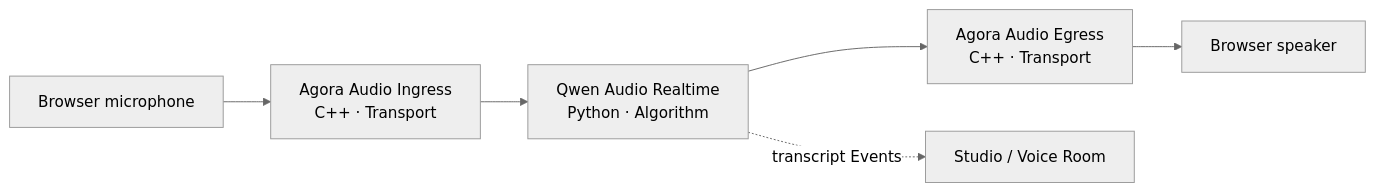
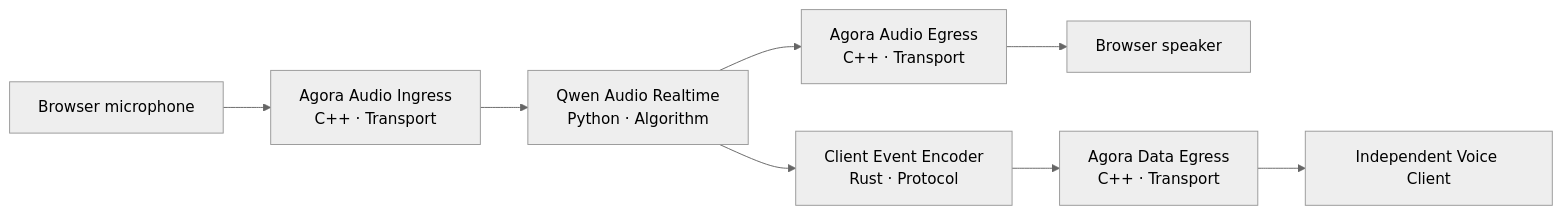
One commit to PiyotaHu/Voxa changed the first of 3 diagrams in docs/site/en/voice-architecture.md. Above: the diagram before and after it, drawn with Mermaid (neutral theme). The commit also changed other lines of this file and 67 other files, not shown here.

Commit message:
feat: make voice runtime transport client-safe

````diff
--- a/docs/site/en/voice-architecture.md
+++ b/docs/site/en/voice-architecture.md
@@ -14,8 +14,10 @@
 ```mermaid
 flowchart LR
     B["Browser microphone"] --> AI["Agora Audio Ingress<br/>C++ · Transport"]
     AI --> QR["Qwen Audio Realtime<br/>Python · Algorithm"]
     QR --> AO["Agora Audio Egress<br/>C++ · Transport"]
     AO --> S["Browser speaker"]
-    QR -."transcript Events".-> UI["Studio / Voice Room"]
+    QR --> CE["Client Event Encoder<br/>Rust · Protocol"]
+    CE --> DO["Agora Data Egress<br/>C++ · Transport"]
+    DO --> UI["Independent Voice Client"]
 ```
````
